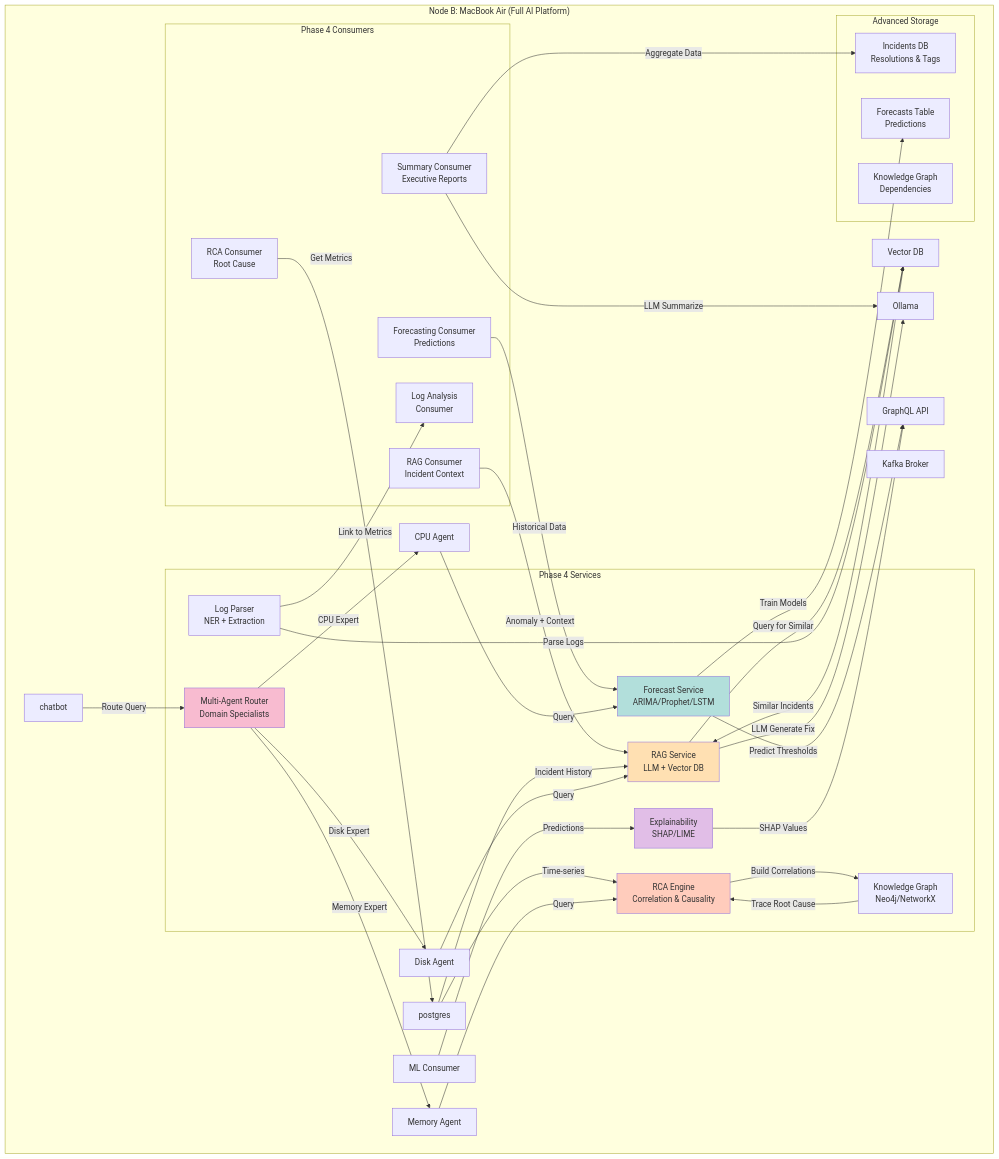
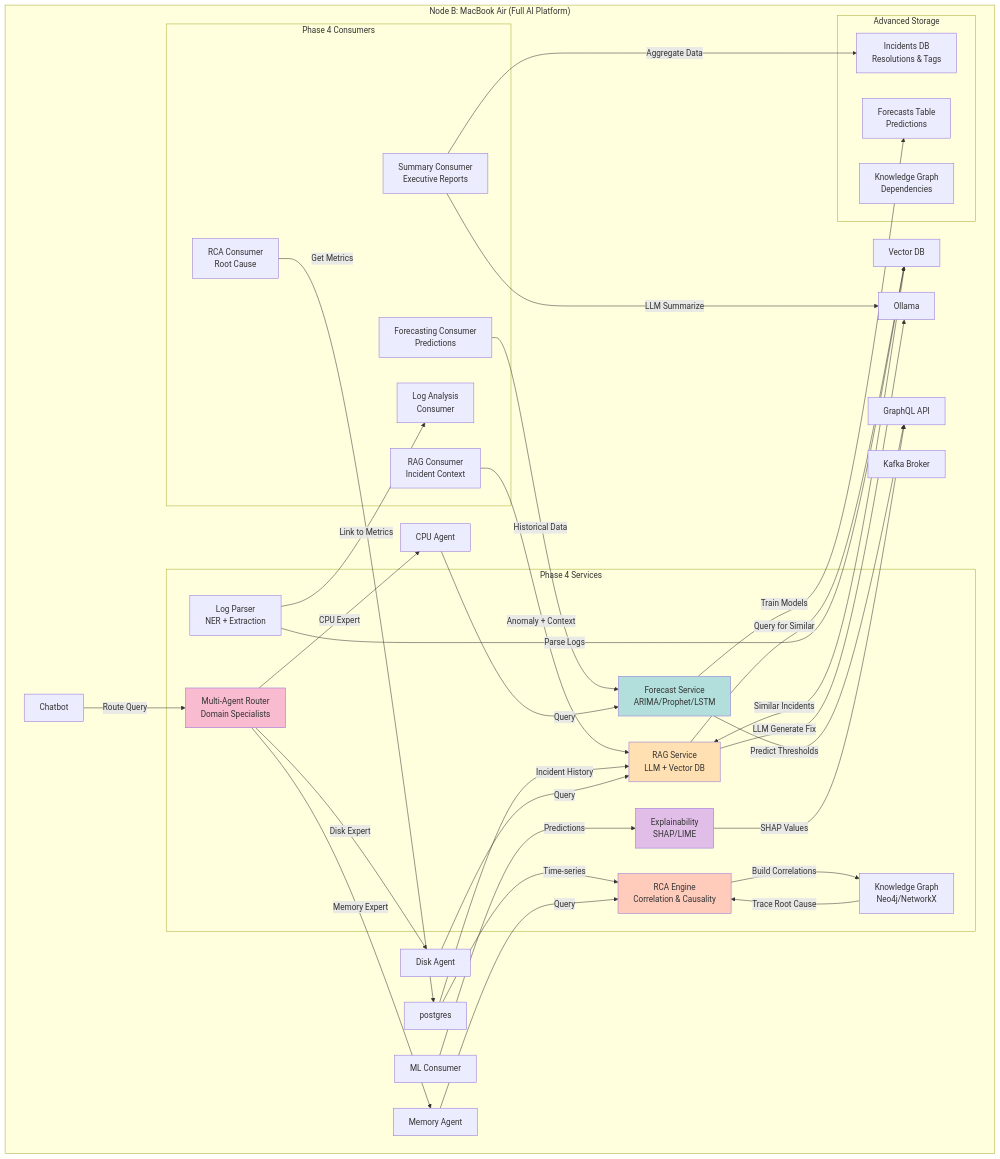
The third of 3 diagrams in ARCHITECTURE.md (jephintsa/kafka_core_producer), drawn with Mermaid before and after one commit. The commit also changed other lines of this file and 31 other files, not shown here.

````diff
--- a/ARCHITECTURE.md
+++ b/ARCHITECTURE.md
@@ -186,75 +172,75 @@
 ```mermaid
 graph TB
   subgraph "Node B: MacBook Air (Full AI Platform)"
     broker["Kafka Broker"]
 
     subgraph "Phase 4 Consumers"
       rag_c["RAG Consumer<br/>Incident Context"]
       rca_c["RCA Consumer<br/>Root Cause"]
       forecast_c["Forecasting Consumer<br/>Predictions"]
       logs_c["Log Analysis<br/>Consumer"]
       summary_c["Summary Consumer<br/>Executive Reports"]
     end
 
     subgraph "Phase 4 Services"
       rag_s["RAG Service<br/>LLM + Vector DB"]
       rca_s["RCA Engine<br/>Correlation & Causality"]
       forecast_s["Forecast Service<br/>ARIMA/Prophet/LSTM"]
       explainer_s["Explainability<br/>SHAP/LIME"]
       log_parser["Log Parser<br/>NER + Extraction"]
       kg_s["Knowledge Graph<br/>Neo4j/NetworkX"]
       multiagent_s["Multi-Agent Router<br/>Domain Specialists"]
     end
 
     subgraph "Advanced Storage"
       incidents_db["Incidents DB<br/>Resolutions & Tags"]
       forecasts_db["Forecasts Table<br/>Predictions"]
       kg_db["Knowledge Graph<br/>Dependencies"]
     end
 
     %% RAG flow
     rag_c -->|Anomaly + Context| rag_s
     rag_s -->|Query for Similar| vectordb["Vector DB"]
     vectordb -->|Similar Incidents| rag_s
     rag_s -->|LLM Generate Fix| ollama["Ollama"]
     postgres -->|Incident History| rag_s
     
     %% RCA flow
     rca_c -->|Get Metrics| postgres
     postgres -->|Time-series| rca_s
     rca_s -->|Build Correlations| kg_s
     kg_s -->|Trace Root Cause| rca_s
     
     %% Forecasting flow
     forecast_c -->|Historical Data| forecast_s
     forecast_s -->|Train Models| forecasts_db
     forecast_s -->|Predict Thresholds| graphqlapi["GraphQL API"]
     
     %% Explainability
     ml["ML Consumer"] -->|Predictions| explainer_s
     explainer_s -->|SHAP Values| graphqlapi
     
     %% Logs
     log_parser -->|Parse Logs| vectordb
     log_parser -->|Link to Metrics| logs_c
     
     %% Multi-agent
-    chatbot -->|Route Query| multiagent_s
+    chatbot["Chatbot"] -->|Route Query| multiagent_s
     multiagent_s -->|CPU Expert| cpu_agent["CPU Agent"]
     multiagent_s -->|Memory Expert| mem_agent["Memory Agent"]
     multiagent_s -->|Disk Expert| disk_agent["Disk Agent"]
     cpu_agent -->|Query| forecast_s
     mem_agent -->|Query| rca_s
     disk_agent -->|Query| rag_s
     
     %% Summary generation
     summary_c -->|Aggregate Data| incidents_db
     summary_c -->|LLM Summarize| ollama
     
     style rag_s fill:#ffe0b2
     style rca_s fill:#ffccbc
     style forecast_s fill:#b2dfdb
     style explainer_s fill:#e1bee7
     style multiagent_s fill:#f8bbd0
   end
 ```
````
